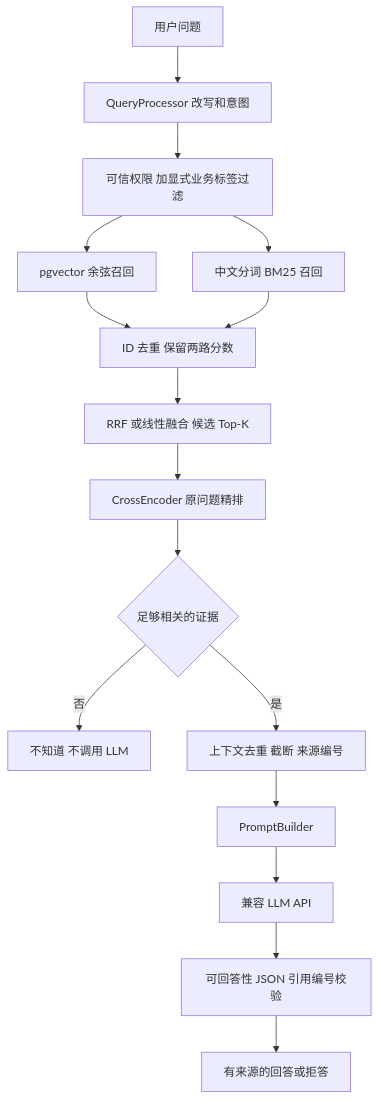
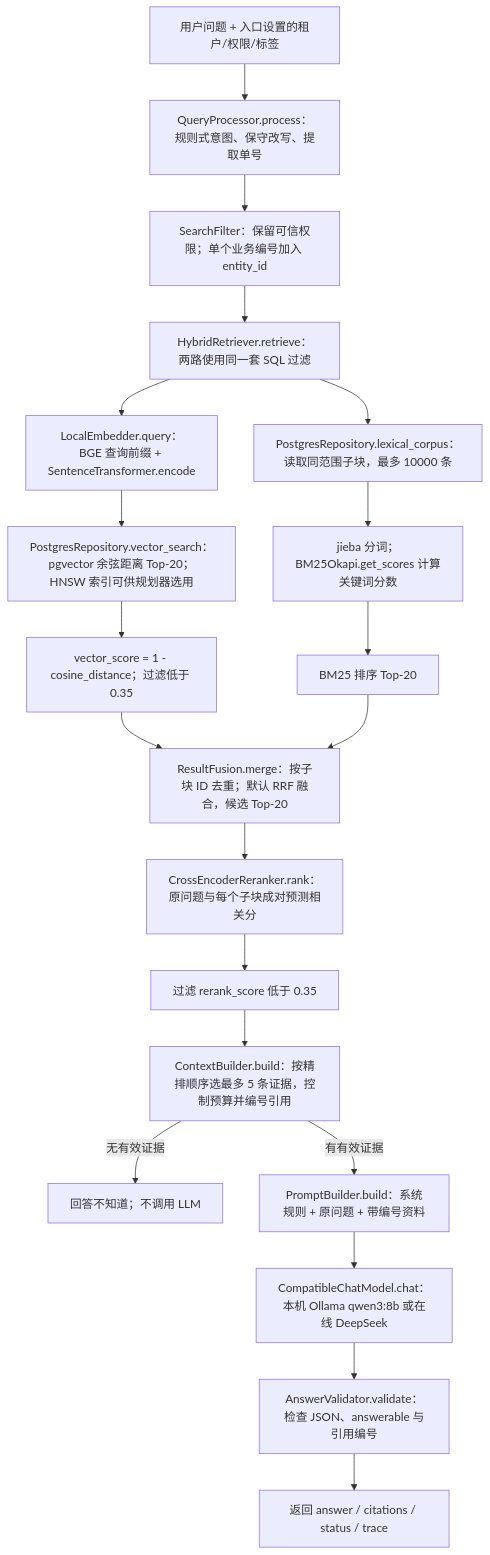
The second of 2 diagrams in docs/02-architecture.md (uranuschen/ai-study), drawn with Mermaid before and after one commit. The commit also changed other lines of this file and 1 other file, not shown here.

Commit message:
+工作流流程图

````diff
--- a/docs/02-architecture.md
+++ b/docs/02-architecture.md
@@ -19,18 +28,22 @@
 ```mermaid
 flowchart TD
-    A[用户问题] --> B[QueryProcessor 改写和意图]
-    B --> C[可信权限 加显式业务标签过滤]
-    C --> D[pgvector 余弦召回]
-    C --> E[中文分词 BM25 召回]
-    D --> F[ID 去重 保留两路分数]
-    E --> F
-    F --> G[RRF 或线性融合 候选 Top-K]
-    G --> H[CrossEncoder 原问题精排]
-    H --> I{足够相关的证据}
-    I -->|否| J[不知道 不调用 LLM]
-    I -->|是| K[上下文去重 截断 来源编号]
-    K --> L[PromptBuilder]
-    L --> M[兼容 LLM API]
-    M --> N[可回答性 JSON 引用编号校验]
-    N --> O[有来源的回答或拒答]
+    A["用户问题 + 入口设置的租户/权限/标签"] --> B["QueryProcessor.process：规则式意图、保守改写、提取单号"]
+    B --> C["SearchFilter：保留可信权限；单个业务编号加入 entity_id"]
+    C --> D["HybridRetriever.retrieve：两路使用同一套 SQL 过滤"]
+    D --> E["LocalEmbedder.query：BGE 查询前缀 + SentenceTransformer.encode"]
+    E --> F["PostgresRepository.vector_search：pgvector 余弦距离 Top-20；HNSW 索引可供规划器选用"]
+    F --> G["vector_score = 1 - cosine_distance；过滤低于 0.35"]
+    D --> H["PostgresRepository.lexical_corpus：读取同范围子块，最多 10000 条"]
+    H --> I["jieba 分词；BM25Okapi.get_scores 计算关键词分数"]
+    I --> J["BM25 排序 Top-20"]
+    G --> K["ResultFusion.merge：按子块 ID 去重；默认 RRF 融合，候选 Top-20"]
+    J --> K
+    K --> L["CrossEncoderReranker.rank：原问题与每个子块成对预测相关分"]
+    L --> M["过滤 rerank_score 低于 0.35"]
+    M --> N["ContextBuilder.build：按精排顺序选最多 5 条证据，控制预算并编号引用"]
+    N -->|无有效证据| R["回答不知道；不调用 LLM"]
+    N -->|有有效证据| O["PromptBuilder.build：系统规则 + 原问题 + 带编号资料"]
+    O --> P["CompatibleChatModel.chat：本机 Ollama qwen3:8b 或在线 DeepSeek"]
+    P --> Q["AnswerValidator.validate：检查 JSON、answerable 与引用编号"]
+    Q --> S["返回 answer / citations / status / trace"]
 ```
````
